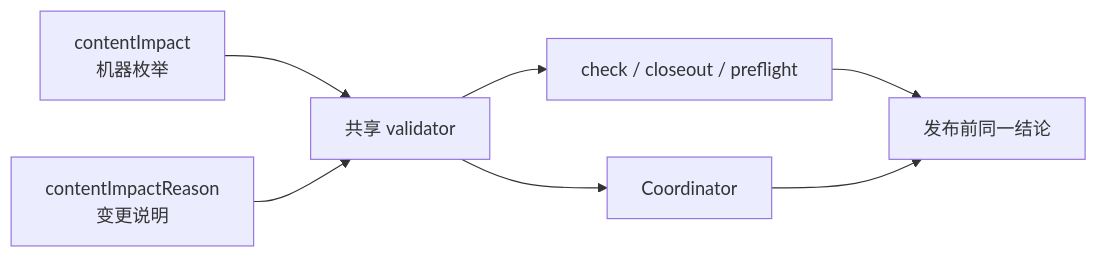
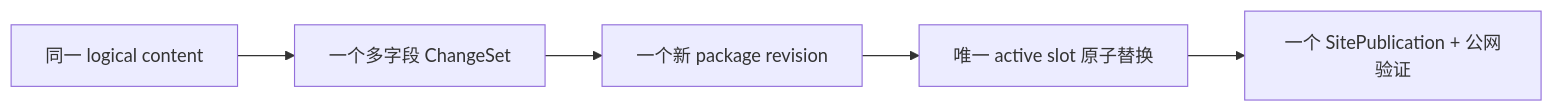
The diagram in docs/iterations/current.md (Chizheng4/xingbuild), drawn with Mermaid before and after one commit. The commit also changed other lines of this file and 13 other files, not shown here.

````diff
--- a/docs/iterations/current.md
+++ b/docs/iterations/current.md
@@ -17,9 +17,7 @@
 ```mermaid
 flowchart LR
-    A["contentImpact\n机器枚举"] --> V["共享 validator"]
-    B["contentImpactReason\n变更说明"] --> V
-    V --> C["check / closeout / preflight"]
-    V --> D["Coordinator"]
-    C --> E["发布前同一结论"]
-    D --> E
+    A["同一 logical content"] --> B["一个多字段 ChangeSet"]
+    B --> C["一个新 package revision"]
+    C --> D["唯一 active slot 原子替换"]
+    D --> E["一个 SitePublication + 公网验证"]
 ```
````
